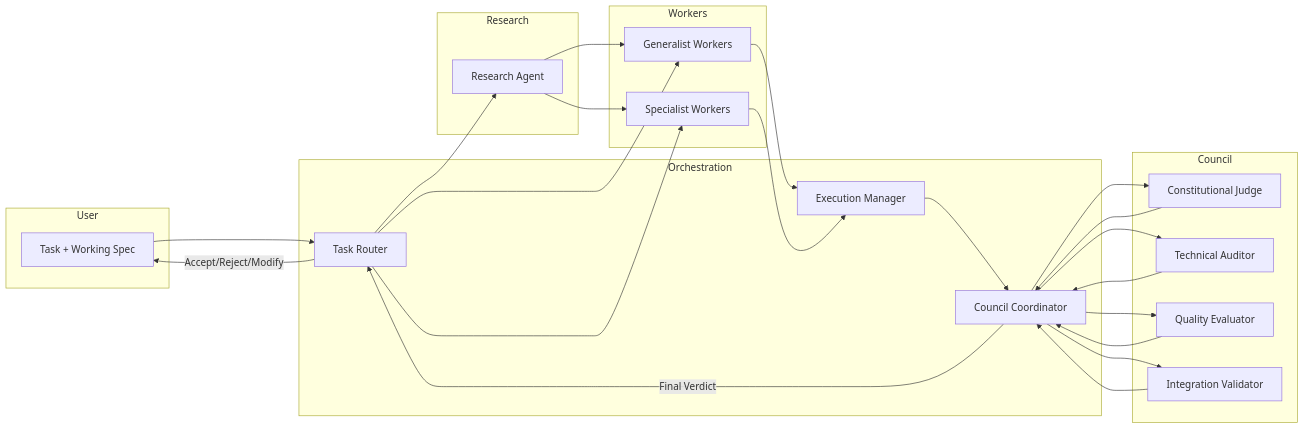
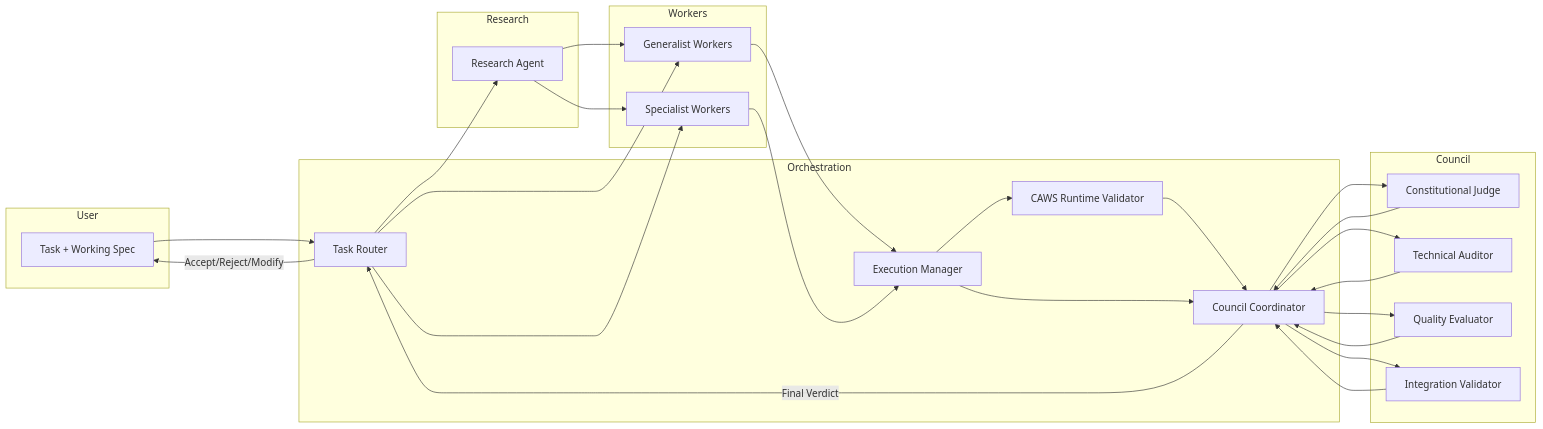
One commit to darianrosebrook/agent-agency changed the first of 2 diagrams in iterations/v3/docs/architecture.md. Above: the diagram before and after it, drawn with Mermaid. The commit also changed other lines of this file and 40 other files, not shown here.

````diff
--- a/iterations/v3/docs/architecture.md
+++ b/iterations/v3/docs/architecture.md
@@ -7,48 +7,51 @@
 ```mermaid
 flowchart LR
   subgraph User
     U[Task + Working Spec]
   end
 
   subgraph Orchestration
     R[Task Router]
     E[Execution Manager]
+    CV[CAWS Runtime Validator]
     Cc[Council Coordinator]
   end
 
   subgraph Research
     Ra[Research Agent]
   end
 
   subgraph Workers
     Wg[Generalist Workers]
     Ws[Specialist Workers]
   end
 
   subgraph Council
     Jc[Constitutional Judge]
     Jt[Technical Auditor]
     Jq[Quality Evaluator]
     Ji[Integration Validator]
   end
 
   U --> R
   R --> Ra
   R --> Wg
   R --> Ws
   Ra --> Wg
   Ra --> Ws
   Wg --> E
   Ws --> E
+  E --> CV
+  CV --> Cc
   E --> Cc
   Cc --> Jc
   Cc --> Jt
   Cc --> Jq
   Cc --> Ji
   Jc --> Cc
   Jt --> Cc
   Jq --> Cc
   Ji --> Cc
   Cc -->|Final Verdict| R
   R -->|Accept/Reject/Modify| U
 ```
````
